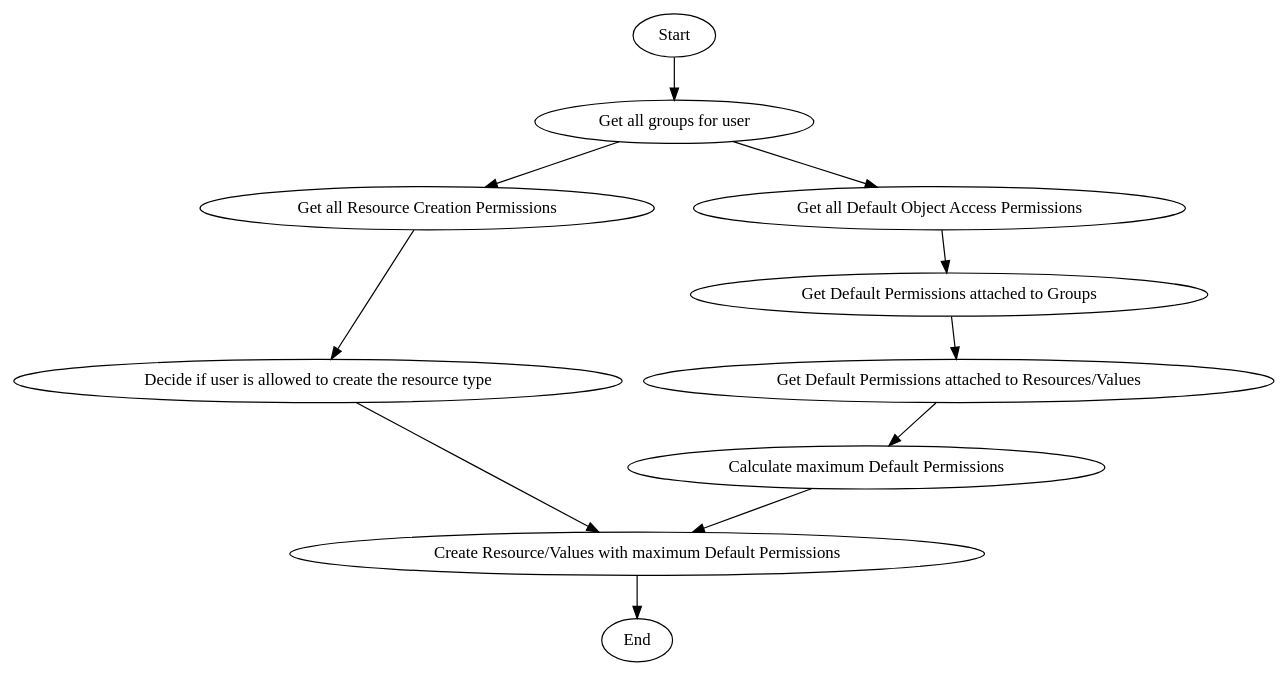
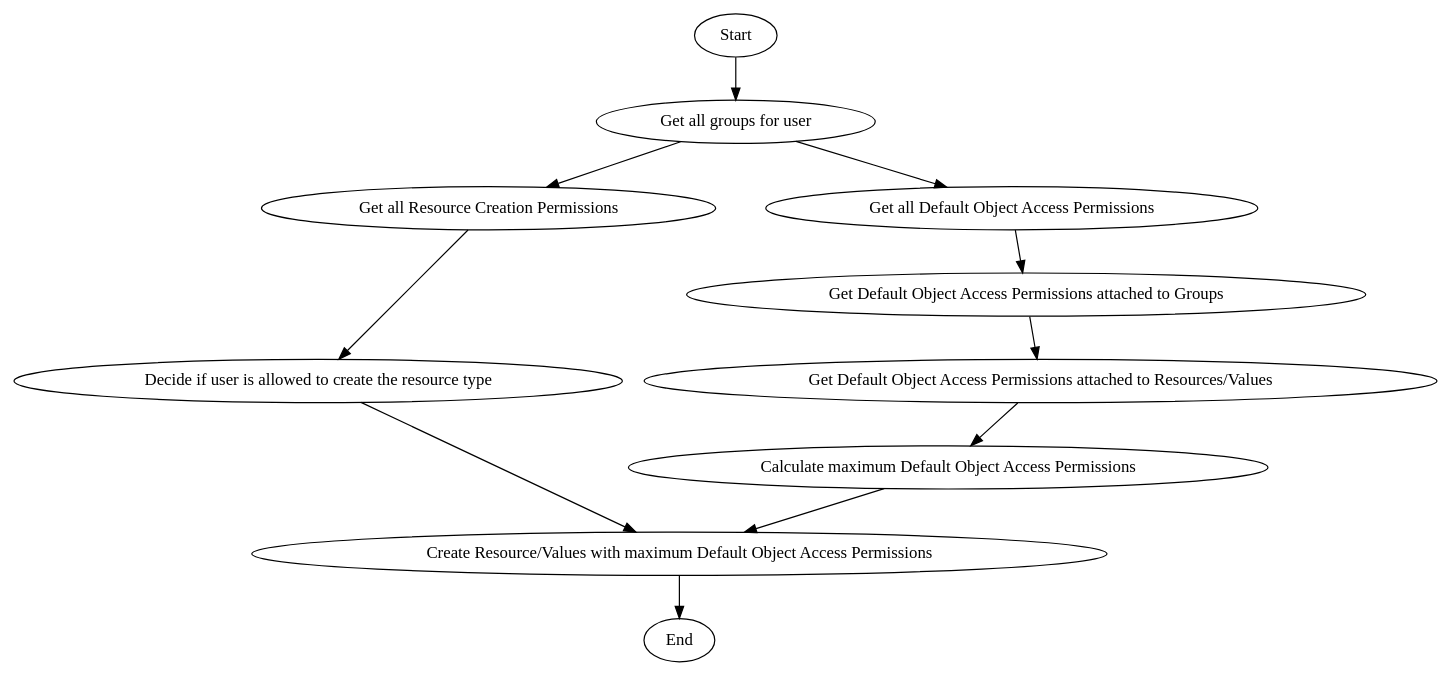
The first of 8 diagrams in docs/rst/knora-api-server/design-documentation/administration.rst (dasch-swiss/dsp-api), drawn with Graphviz before and after one commit. The commit also changed other lines of this file, not shown here.

Commit message:
docs (webapi): permissions (ongoing)

```diff
--- a/docs/rst/knora-api-server/design-documentation/administration.rst
+++ b/docs/rst/knora-api-server/design-documentation/administration.rst
@@ -289,32 +289,32 @@
 .. graphviz::
 
    digraph G {
      a [label="Start"];
      
      b [label="Get all groups for user"];
      
      c1 [label="Get all Resource Creation Permissions"];
      c2 [label="Decide if user is allowed to create the resource type"];
      
      d1 [label="Get all Default Object Access Permissions"];
-     d2 [label="Get Default Permissions attached to Groups"];
-     d3 [label="Get Default Permissions attached to Resources/Values"];
-     d4 [label="Calculate maximum Default Permissions"];
+     d2 [label="Get Default Object Access Permissions attached to Groups"];
+     d3 [label="Get Default Object Access Permissions attached to Resources/Values"];
+     d4 [label="Calculate maximum Default Object Access Permissions"];
      
-     e [label="Create Resource/Values with maximum Default Permissions"];
+     e [label="Create Resource/Values with maximum Default Object Access Permissions"];
      
      z [label="End"];
      
      a -> b;
      b -> c1;
      c1 -> c2;
      c2 -> e;
      
      b -> d1;
      d1 -> d2;
      d2 -> d3;
      d3 -> d4;
      d4 -> e;
      
      e -> z;
    }
```
